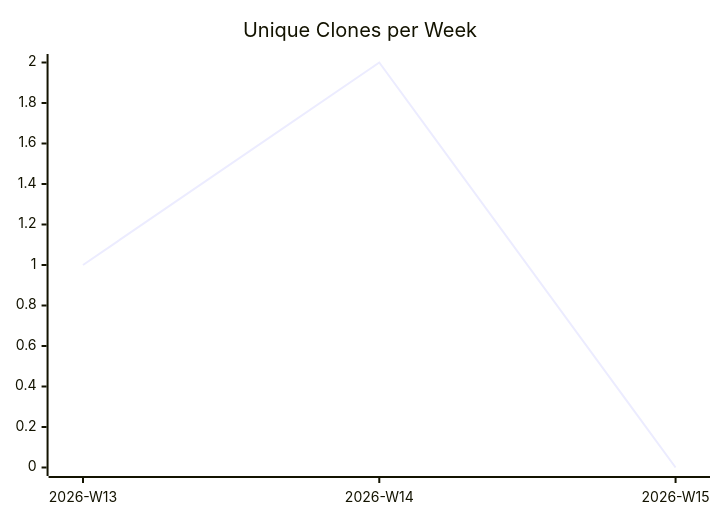
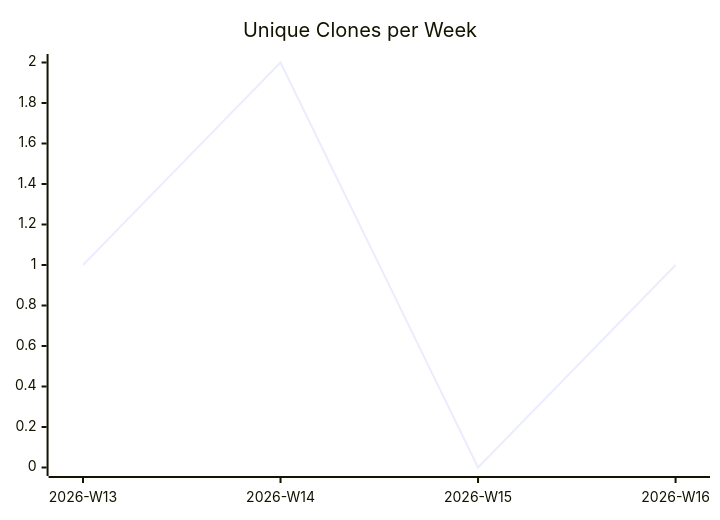
The third of 3 diagrams in karlmdavis/hapi-fhir-jpaserver-starter/README.md (justdavis-family/github-analytics-data), drawn with Mermaid before and after one commit. The commit also changed other lines of this file and 173 other files, not shown here.

````diff
--- a/karlmdavis/hapi-fhir-jpaserver-starter/README.md
+++ b/karlmdavis/hapi-fhir-jpaserver-starter/README.md
@@ -19,6 +19,6 @@
 ```mermaid
 xychart-beta
   title "Unique Clones per Week"
-  x-axis ["2026-W13", "2026-W14", "2026-W15"]
-  line [1, 2, 0]
+  x-axis ["2026-W13", "2026-W14", "2026-W15", "2026-W16"]
+  line [1, 2, 0, 1]
 ```
````
